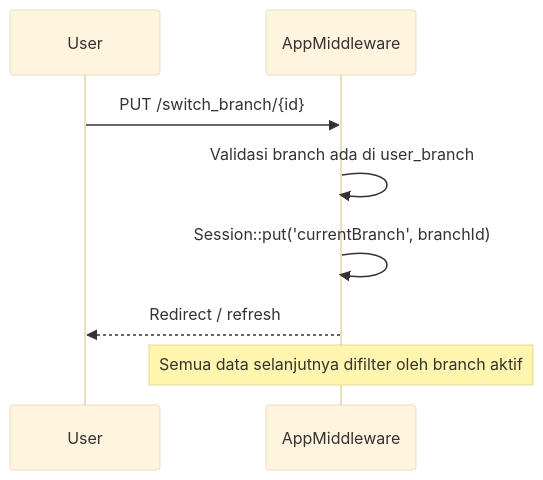
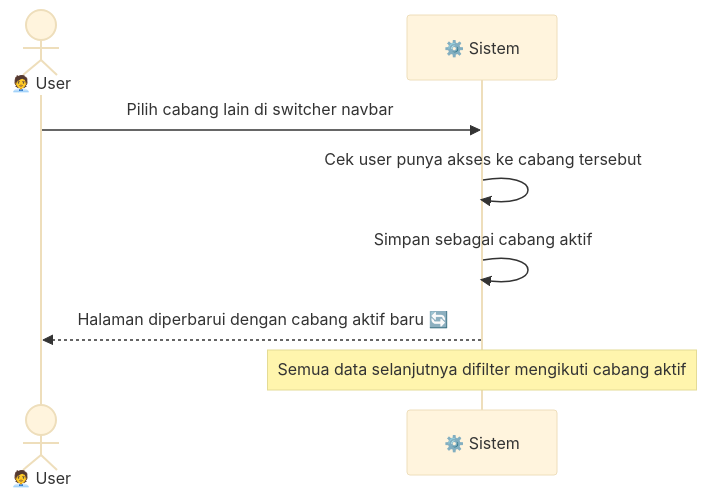
Before and after one commit to RimbunCode/erp_pataya: the third of 3 diagrams in docs/auth.md, drawn with Mermaid (base theme). The commit also changed other lines of this file and 14 other files, not shown here.

````diff
--- a/docs/auth.md
+++ b/docs/auth.md
@@ -268,11 +212,11 @@
 ```mermaid
 sequenceDiagram
-    participant U as User
-    participant A as AppMiddleware
+    actor U as 🧑‍💼 User
+    participant Sys as ⚙️ Sistem
 
-    U->>A: PUT /switch_branch/{id}
-    A->>A: Validasi branch ada di user_branch
-    A->>A: Session::put('currentBranch', branchId)
-    A-->>U: Redirect / refresh
-    Note over A: Semua data selanjutnya difilter oleh branch aktif
+    U->>Sys: Pilih cabang lain di switcher navbar
+    Sys->>Sys: Cek user punya akses ke cabang tersebut
+    Sys->>Sys: Simpan sebagai cabang aktif
+    Sys-->>U: Halaman diperbarui dengan cabang aktif baru 🔄
+    Note over Sys: Semua data selanjutnya difilter mengikuti cabang aktif
 ```
````
